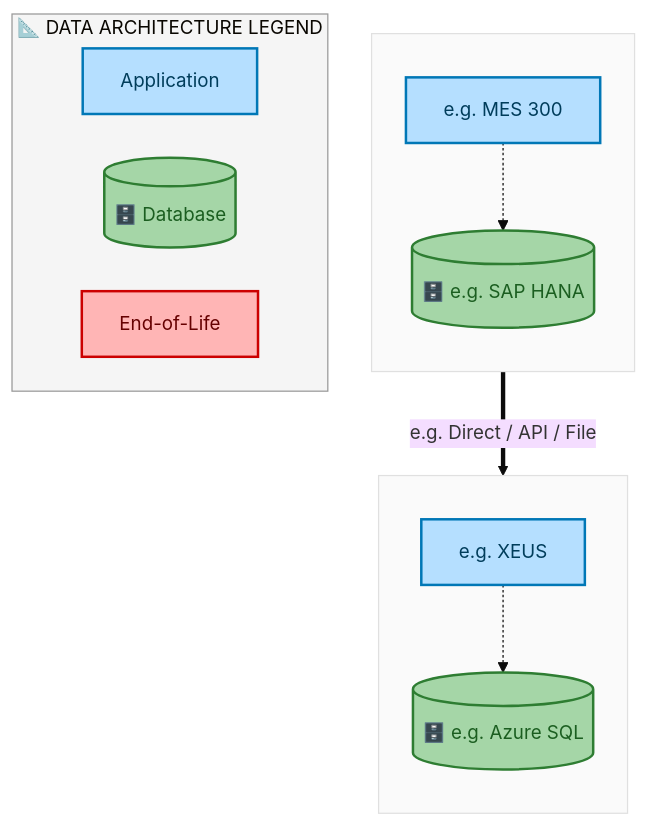
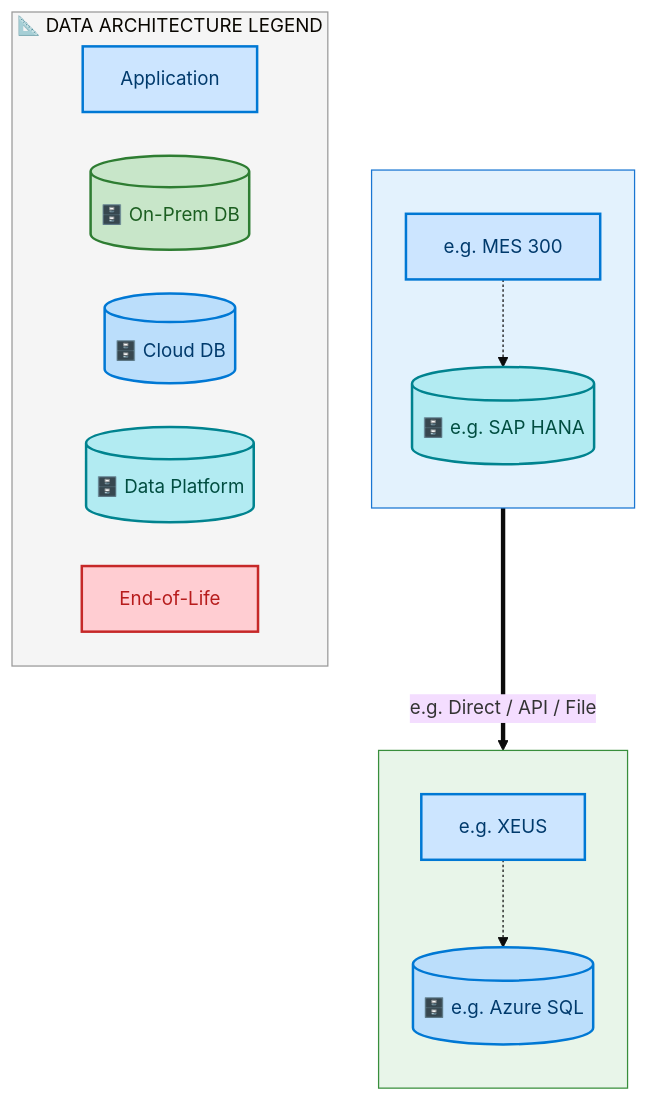
The seventh of 12 diagrams in towers/E2E/Procure to Pay/E2E-49/output/docs/systems-architecture/E2E-49-Architecture.md (sajivfrancis777/IAO-Architecture), drawn with Mermaid before and after one commit. The commit also changed other lines of this file and 394 other files, not shown here.

First line of the commit message:
feat: structured layer ordering for Mermaid architecture diagrams

````diff
--- a/towers/E2E/Procure to Pay/E2E-49/output/docs/systems-architecture/E2E-49-Architecture.md
+++ b/towers/E2E/Procure to Pay/E2E-49/output/docs/systems-architecture/E2E-49-Architecture.md
@@ -883,33 +881,37 @@
 ```mermaid
 %%{init: {"theme": "base", "securityLevel": "loose", "themeVariables": {"fontSize": "15px", "fontFamily": "Segoe UI, Arial"}, "flowchart": {"useMaxWidth": false, "htmlLabels": true, "nodeSpacing": 35, "rankSpacing": 45}} }%%
 flowchart TB
-    classDef appBox fill:#B5DFFF,stroke:#0077B6,stroke-width:2px,color:#003D5B
-    classDef dbCyl fill:#A5D6A7,stroke:#2E7D32,stroke-width:2px,color:#1B5E20
-    classDef eolBox fill:#FFB5B5,stroke:#CC0000,stroke-width:2px,color:#660000
+    classDef appBox fill:#CCE5FF,stroke:#0078D4,stroke-width:2px,color:#003A6C
+    classDef dbCyl fill:#C8E6C9,stroke:#2E7D32,stroke-width:2px,color:#1B5E20
+    classDef dbCloud fill:#BBDEFB,stroke:#0078D4,stroke-width:2px,color:#003A6C
+    classDef dbData fill:#B2EBF2,stroke:#00838F,stroke-width:2px,color:#004D40
+    classDef eolBox fill:#FFCDD2,stroke:#C62828,stroke-width:2px,color:#B71C1C
 
     subgraph E2E49CDACL_e_g_Azure_SQL[" "]
         direction TB
         E2E49CDAA_e_g_XEUS["e.g. XEUS"]:::appBox
-        E2E49CDAD_e_g_Azure_SQL[("🗄️ e.g. Azure SQL")]:::dbCyl
+        E2E49CDAD_e_g_Azure_SQL[("🗄️ e.g. Azure SQL")]:::dbCloud
         E2E49CDAA_e_g_XEUS -.-> E2E49CDAD_e_g_Azure_SQL
     end
-    style E2E49CDACL_e_g_Azure_SQL fill:#FAFAFA,stroke:#E0E0E0,stroke-width:1px
+    style E2E49CDACL_e_g_Azure_SQL fill:#E8F5E9,stroke:#388E3C,stroke-width:1px
 
     subgraph E2E49CDACL_e_g_SAP_HANA[" "]
         direction TB
         E2E49CDAA_e_g_MES_300["e.g. MES 300"]:::appBox
-        E2E49CDAD_e_g_SAP_HANA[("🗄️ e.g. SAP HANA")]:::dbCyl
+        E2E49CDAD_e_g_SAP_HANA[("🗄️ e.g. SAP HANA")]:::dbData
         E2E49CDAA_e_g_MES_300 -.-> E2E49CDAD_e_g_SAP_HANA
     end
-    style E2E49CDACL_e_g_SAP_HANA fill:#FAFAFA,stroke:#E0E0E0,stroke-width:1px
+    style E2E49CDACL_e_g_SAP_HANA fill:#E3F2FD,stroke:#1976D2,stroke-width:1px
 
     E2E49CDAD_e_g_SAP_HANA ==>|"e.g. Direct / API / File"| E2E49CDAD_e_g_Azure_SQL
 
     subgraph Legend["📐 DATA ARCHITECTURE LEGEND"]
         direction LR
         L_A["Application"]:::appBox
-        L_D[("🗄️ Database")]:::dbCyl
+        L_D[("🗄️ On-Prem DB")]:::dbCyl
+        L_DC[("🗄️ Cloud DB")]:::dbCloud
+        L_DD[("🗄️ Data Platform")]:::dbData
         L_E["End-of-Life"]:::eolBox
     end
     style Legend fill:#F5F5F5,stroke:#999,stroke-width:1px
 ```
````
